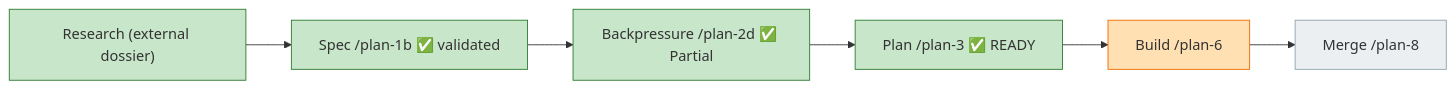
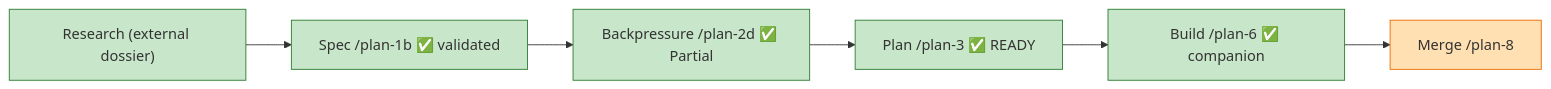
One commit to AI-Substrate/harness-engineering changed the diagram in docs/plans/017-windows-cross-platform-fixes/windows-cross-platform-fixes.fltplan.md. Above: the diagram before and after it, drawn with Mermaid. The commit also changed other lines of this file and 14 other files, not shown here.

````diff
--- a/docs/plans/017-windows-cross-platform-fixes/windows-cross-platform-fixes.fltplan.md
+++ b/docs/plans/017-windows-cross-platform-fixes/windows-cross-platform-fixes.fltplan.md
@@ -10,8 +10,8 @@
 ```mermaid
 flowchart LR
   classDef done fill:#C8E6C9,stroke:#2E7D32;
   classDef active fill:#FFE0B2,stroke:#EF6C00;
   classDef pending fill:#ECEFF1,stroke:#90A4AE;
 
-  R["Research (external dossier)"]:::done --> S["Spec /plan-1b ✅ validated"]:::done --> BP["Backpressure /plan-2d ✅ Partial"]:::done --> P["Plan /plan-3 ✅ READY"]:::done --> B["Build /plan-6"]:::active --> M["Merge /plan-8"]:::pending
+  R["Research (external dossier)"]:::done --> S["Spec /plan-1b ✅ validated"]:::done --> BP["Backpressure /plan-2d ✅ Partial"]:::done --> P["Plan /plan-3 ✅ READY"]:::done --> B["Build /plan-6 ✅ companion"]:::done --> M["Merge /plan-8"]:::active
 ```
````
